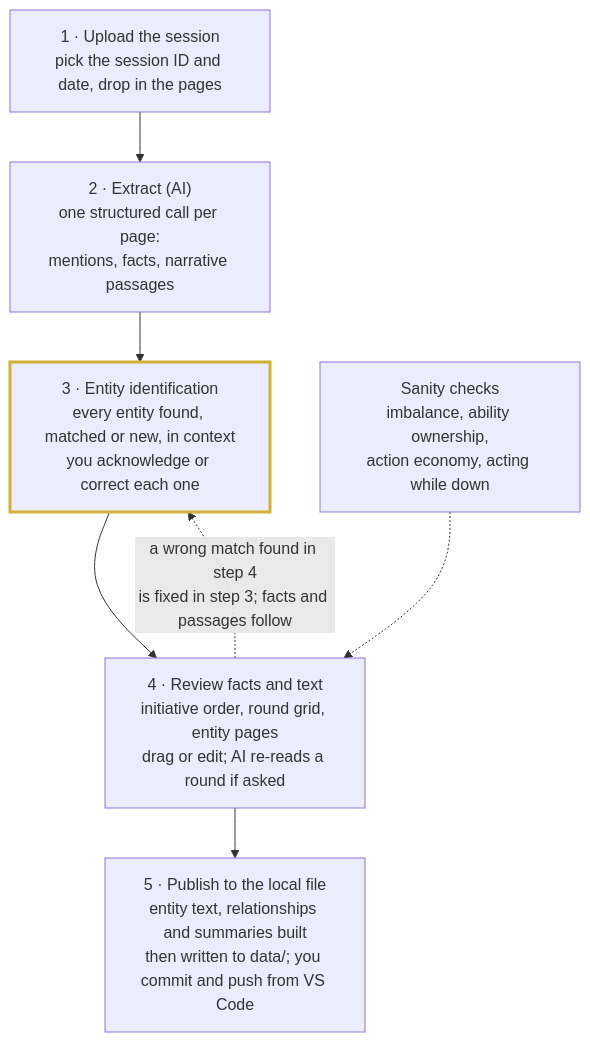
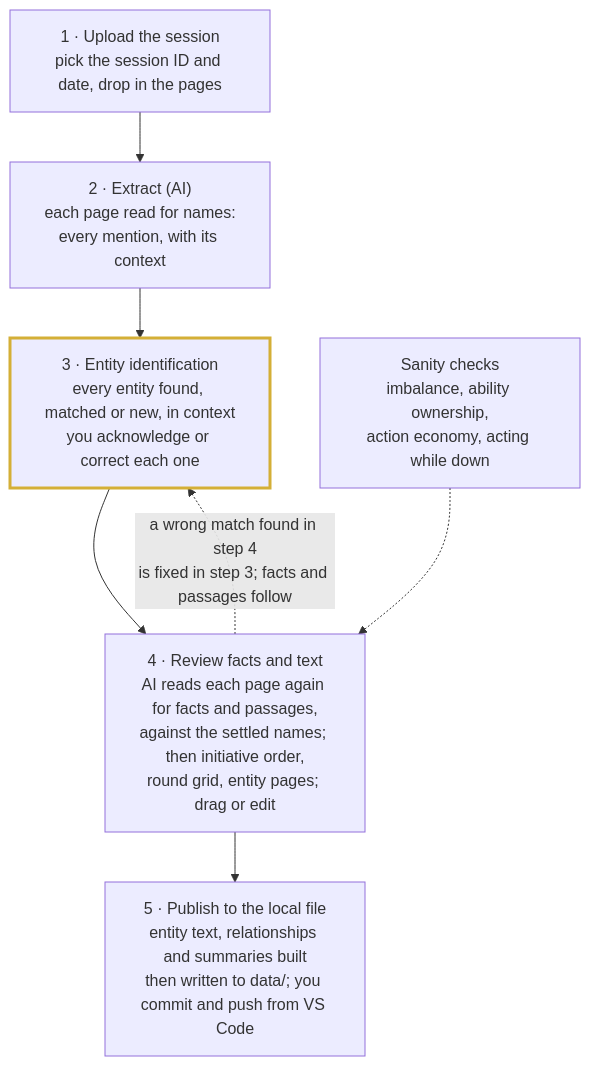
Before and after one commit to dgrimesii/Chronicle-MagersCampaign: the diagram in docs/intake-redesign.md, drawn with Mermaid. The commit also changed other lines of this file, not shown here.

First line of the commit message:
docs(design): two reads per page, save-as-alias, event-to-attacks, publish owner, attendance question

````diff
--- a/docs/intake-redesign.md
+++ b/docs/intake-redesign.md
@@ -22,11 +22,11 @@
 ```mermaid
 flowchart TD
-  U["1 · Upload the session<br/>pick the session ID and date, drop in the pages"] --> X["2 · Extract (AI)<br/>one structured call per page:<br/>mentions, facts, narrative passages"]
+  U["1 · Upload the session<br/>pick the session ID and date, drop in the pages"] --> X["2 · Extract (AI)<br/>each page read for names:<br/>every mention, with its context"]
   X --> E["3 · Entity identification<br/>every entity found, matched or new, in context<br/>you acknowledge or correct each one"]
-  E --> R["4 · Review facts and text<br/>initiative order, round grid, entity pages<br/>drag or edit; AI re-reads a round if asked"]
+  E --> R["4 · Review facts and text<br/>AI reads each page again for facts and passages,<br/>against the settled names; then initiative order,<br/>round grid, entity pages; drag or edit"]
   R --> P["5 · Publish to the local file<br/>entity text, relationships and summaries built<br/>then written to data/; you commit and push from VS Code"]
   R -. "a wrong match found in step 4<br/>is fixed in step 3; facts and passages follow" .-> E
   F["Sanity checks<br/>imbalance, ability ownership,<br/>action economy, acting while down"] -.-> R
   classDef key stroke:#d4af37,stroke-width:3px
   class E key
 ```
````
